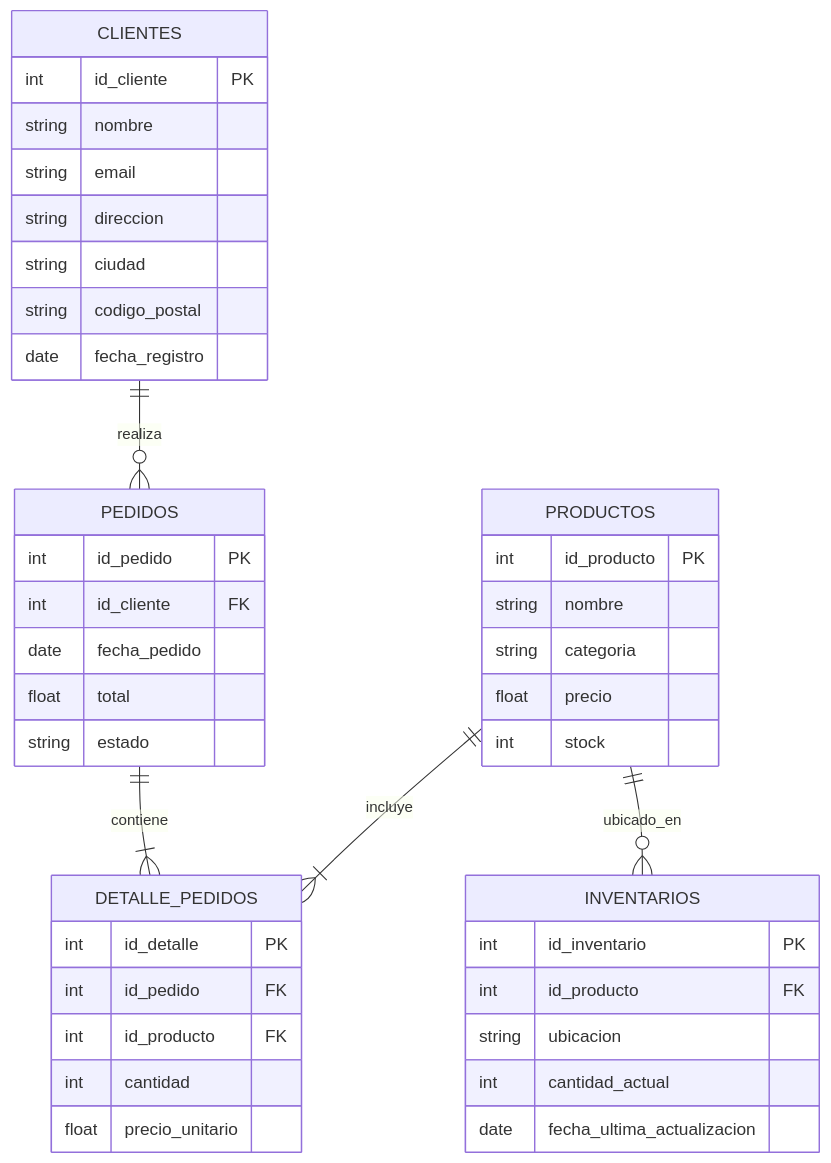
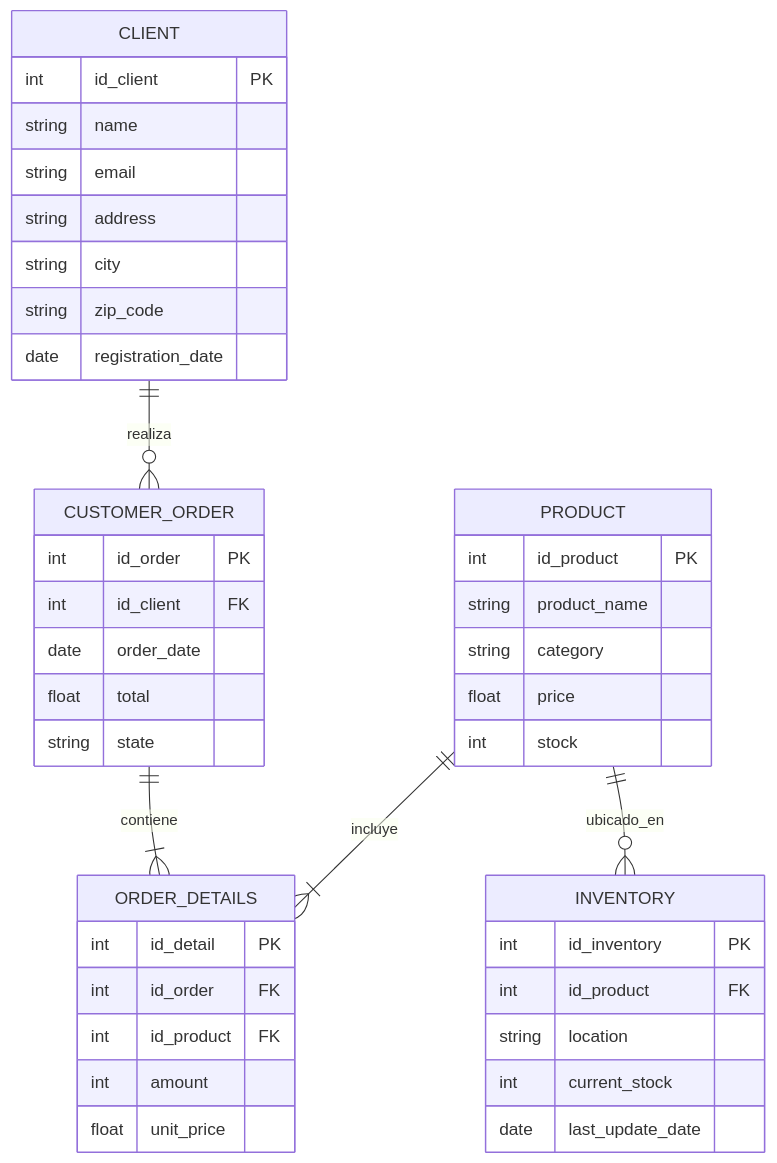
One commit to Rafael-Dur/ObligatorioBD changed the diagram in mer_bd_ecom.mmd. Above: the diagram before and after it, drawn with Mermaid.

Commit message:
Actualización de Mermaid

```diff
--- a/mer_bd_ecom.mmd
+++ b/mer_bd_ecom.mmd
@@ -1,47 +1,47 @@
 erDiagram
-    CLIENTES ||--o{ PEDIDOS : realiza
-    PEDIDOS ||--|{ DETALLE_PEDIDOS : contiene
-    PRODUCTOS ||--|{ DETALLE_PEDIDOS : incluye
-    PRODUCTOS ||--o{ INVENTARIOS : ubicado_en
+    CLIENT ||--o{ CUSTOMER_ORDER : realiza
+    CUSTOMER_ORDER ||--|{ ORDER_DETAILS : contiene
+    PRODUCT ||--|{ ORDER_DETAILS : incluye
+    PRODUCT ||--o{ INVENTORY : ubicado_en
 
-    CLIENTES {
-        int id_cliente PK
-        string nombre
+    CLIENT {
+        int id_client PK
+        string name
         string email
-        string direccion
-        string ciudad
-        string codigo_postal
-        date fecha_registro
+        string address
+        string city
+        string zip_code
+        date registration_date
     }
 
-    PRODUCTOS {
-        int id_producto PK
-        string nombre
-        string categoria
-        float precio
+    PRODUCT {
+        int id_product PK
+        string product_name
+        string category
+        float price
         int stock
     }
 
-    PEDIDOS {
-        int id_pedido PK
-        int id_cliente FK
-        date fecha_pedido
+    CUSTOMER_ORDER {
+        int id_order PK
+        int id_client FK
+        date order_date
         float total
-        string estado
+        string state
     }
 
-    DETALLE_PEDIDOS {
-        int id_detalle PK
-        int id_pedido FK
-        int id_producto FK
-        int cantidad
-        float precio_unitario
+    ORDER_DETAILS {
+        int id_detail PK
+        int id_order FK
+        int id_product FK
+        int amount
+        float unit_price
     }
 
-    INVENTARIOS {
-        int id_inventario PK
-        int id_producto FK
-        string ubicacion
-        int cantidad_actual
-        date fecha_ultima_actualizacion
+    INVENTORY {
+        int id_inventory PK
+        int id_product FK
+        string location
+        int current_stock
+        date last_update_date
     }
```
